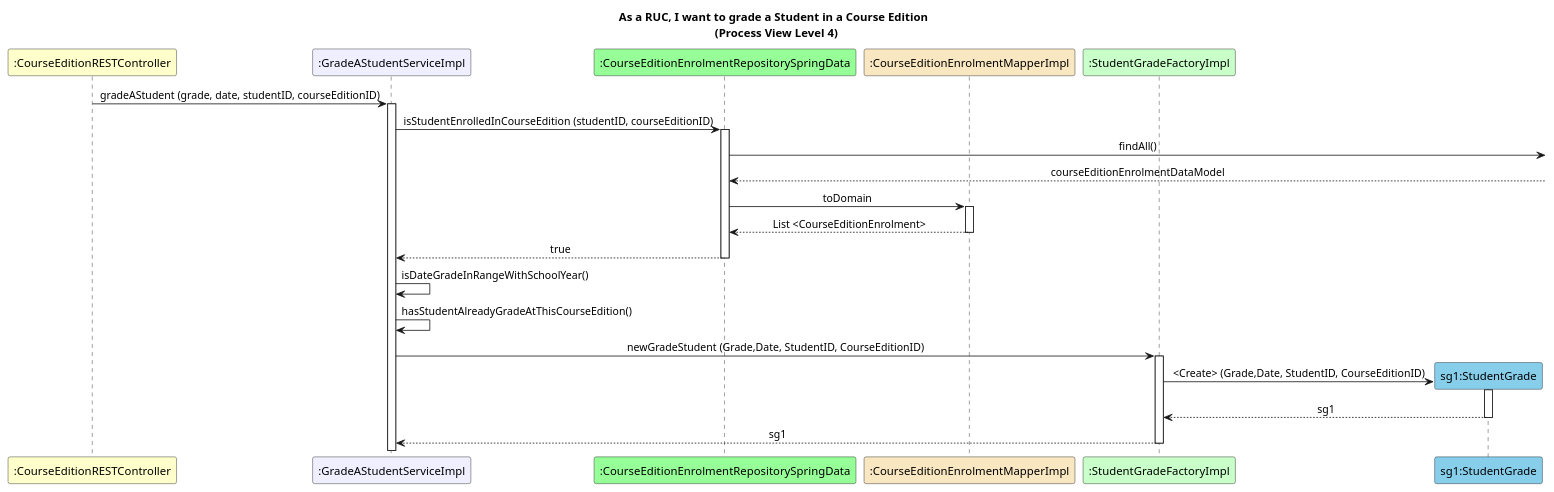
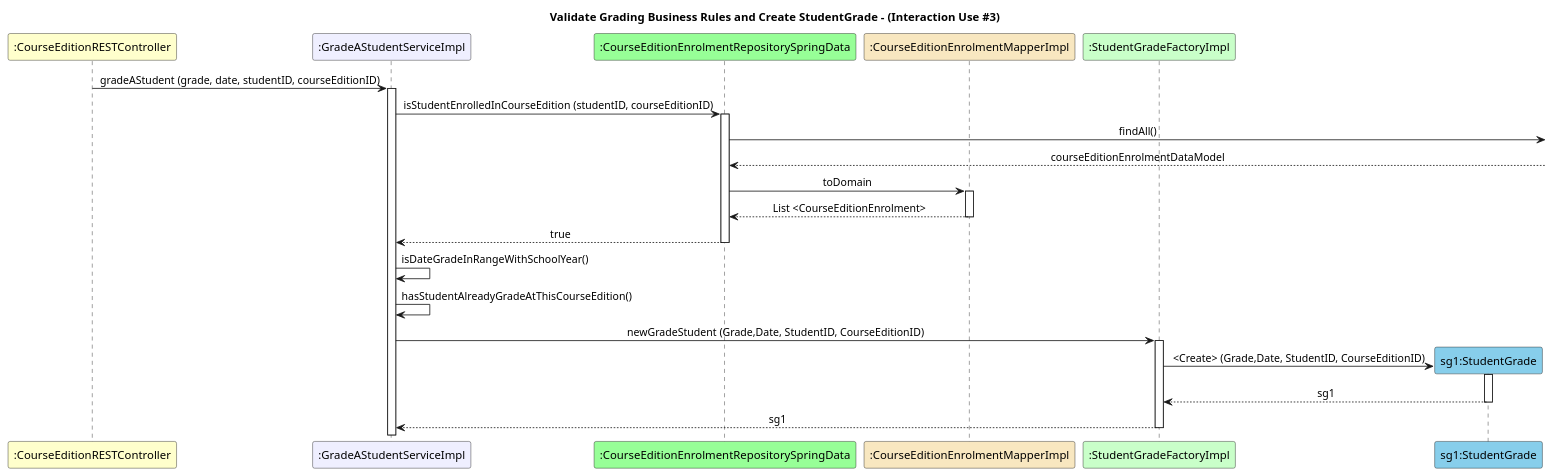
One commit to GasparISEP/DevOps-PAI changed the diagram in docs/US22/REST_API/ProcessView/Interaction_Use/InteractionUse#3.puml. Above: the diagram before and after it, drawn with PlantUML. The commit also changed 9 other files, not shown here.

Commit message:
Refs #560: Elaborate Interaction Use #2 in US22  - RESTAPI documentation and made small changes to level 4 ProcessView diagram

```diff
--- a/docs/US22/REST_API/ProcessView/Interaction_Use/InteractionUse#3.puml
+++ b/docs/US22/REST_API/ProcessView/Interaction_Use/InteractionUse#3.puml
@@ -1,42 +1,42 @@
 @startuml
 
-title As a RUC, I want to grade a Student in a Course Edition \n (Process View Level 4)
+title Validate Grading Business Rules and Create StudentGrade - (Interaction Use #3)
 skinparam sequencemessagealign center
 
 participant ":CourseEditionRESTController" as ctrlrREST #business
 participant ":GradeAStudentServiceImpl" as service #motivation
 participant ":CourseEditionEnrolmentRepositorySpringData" as ceer #physical
 participant ":CourseEditionEnrolmentMapperImpl" as ceemp #strategy
 participant ":StudentGradeFactoryImpl" as sgf #technology
 participant "sg1:StudentGrade" as gs #skyblue
 
 
 ctrlrREST -> service : gradeAStudent (grade, date, studentID, courseEditionID)
 activate service
 service -> ceer : isStudentEnrolledInCourseEdition (studentID, courseEditionID)
 activate ceer
 
 ceer ->  : findAll()
 ceer <--  :  courseEditionEnrolmentDataModel
 ceer -> ceemp : toDomain
 activate ceemp
 ceemp --> ceer : List <CourseEditionEnrolment>
 deactivate ceemp
 ceer --> service : true
 deactivate ceer
 
 service -> service : isDateGradeInRangeWithSchoolYear()
 service -> service : hasStudentAlreadyGradeAtThisCourseEdition()
 
 service -> sgf : newGradeStudent (Grade,Date, StudentID, CourseEditionID)
 activate sgf
 create gs
 sgf -> gs : <Create> (Grade,Date, StudentID, CourseEditionID)
 activate gs
 gs --> sgf : sg1
 deactivate gs
 sgf --> service : sg1
 deactivate sgf
 
 
 @enduml
```
